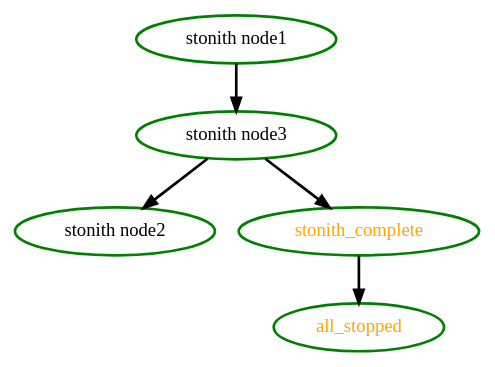
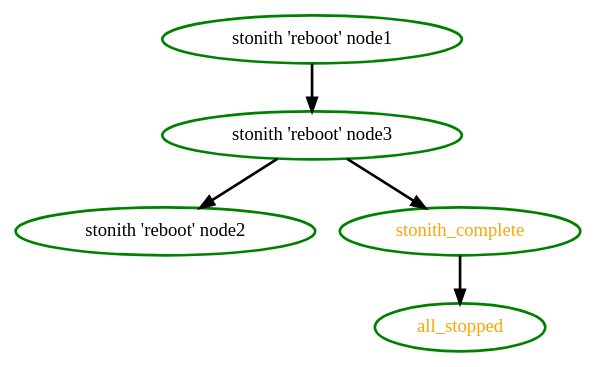
One commit to ClusterLabs/pacemaker changed the diagram in pengine/test10/rec-node-14.dot. Above: the diagram before and after it, drawn with Graphviz. The commit also changed 51 other files, not shown here.

Commit message:
Test: PE: Include stonith operation in .dot graph regression test results

```diff
--- a/pengine/test10/rec-node-14.dot
+++ b/pengine/test10/rec-node-14.dot
@@ -1,11 +1,11 @@
  digraph "g" {
 "all_stopped" [ style=bold color="green" fontcolor="orange" ]
-"stonith node1" -> "stonith node3" [ style = bold]
-"stonith node1" [ style=bold color="green" fontcolor="black" ]
-"stonith node2" [ style=bold color="green" fontcolor="black" ]
-"stonith node3" -> "stonith node2" [ style = bold]
-"stonith node3" -> "stonith_complete" [ style = bold]
-"stonith node3" [ style=bold color="green" fontcolor="black" ]
+"stonith 'reboot' node1" -> "stonith 'reboot' node3" [ style = bold]
+"stonith 'reboot' node1" [ style=bold color="green" fontcolor="black"]
+"stonith 'reboot' node2" [ style=bold color="green" fontcolor="black"]
+"stonith 'reboot' node3" -> "stonith 'reboot' node2" [ style = bold]
+"stonith 'reboot' node3" -> "stonith_complete" [ style = bold]
+"stonith 'reboot' node3" [ style=bold color="green" fontcolor="black"]
 "stonith_complete" -> "all_stopped" [ style = bold]
 "stonith_complete" [ style=bold color="green" fontcolor="orange" ]
 }
```
